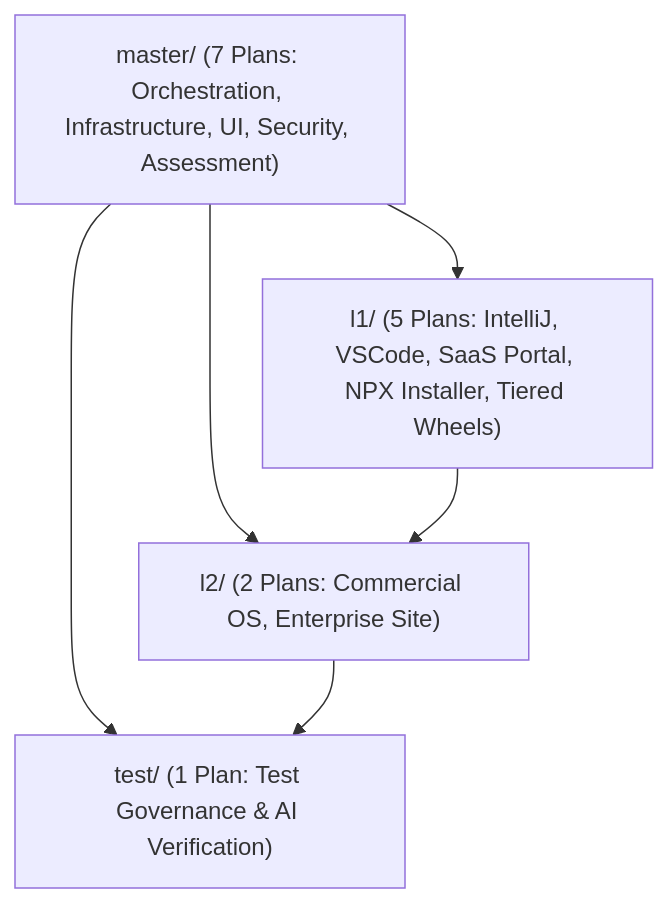
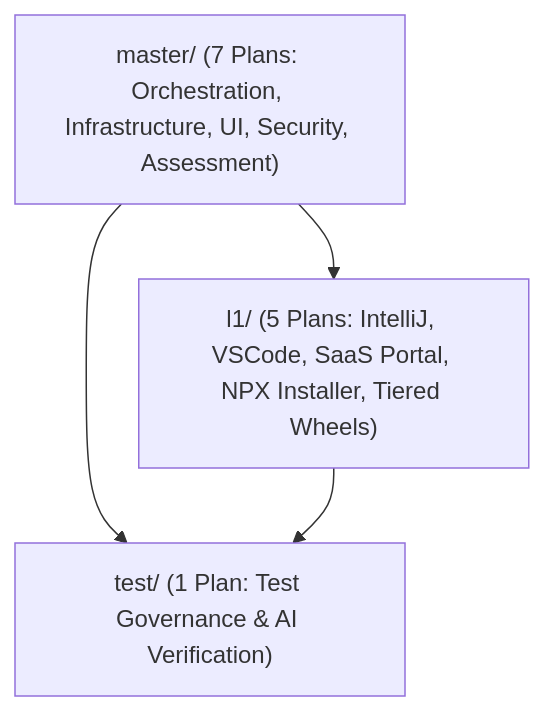
The diagram in .nb/plan/PLAN_GUIDE.md (lakhwindersingh/nb_fairyfly), drawn with Mermaid before and after one commit. The commit also changed other lines of this file and 26 other files, not shown here.

````diff
--- a/.nb/plan/PLAN_GUIDE.md
+++ b/.nb/plan/PLAN_GUIDE.md
@@ -35,13 +35,10 @@
 ```mermaid
 graph TD
   Master["master/ (7 Plans: Orchestration, Infrastructure, UI, Security, Assessment)"]
   L1["l1/ (5 Plans: IntelliJ, VSCode, SaaS Portal, NPX Installer, Tiered Wheels)"]
-  L2["l2/ (2 Plans: Commercial OS, Enterprise Site)"]
   Test["test/ (1 Plan: Test Governance & AI Verification)"]
 
   Master --> L1
-  Master --> L2
-  L1 --> L2
   Master --> Test
-  L2 --> Test
+  L1 --> Test
 ```
````
